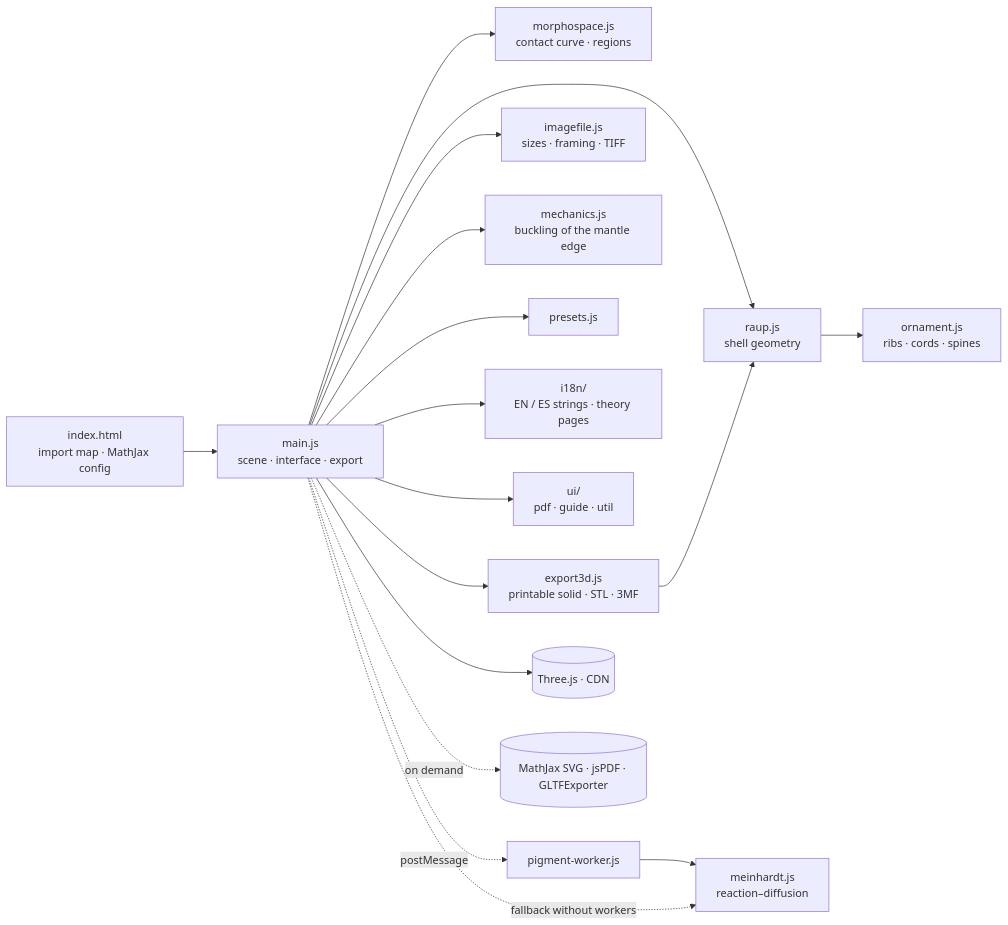
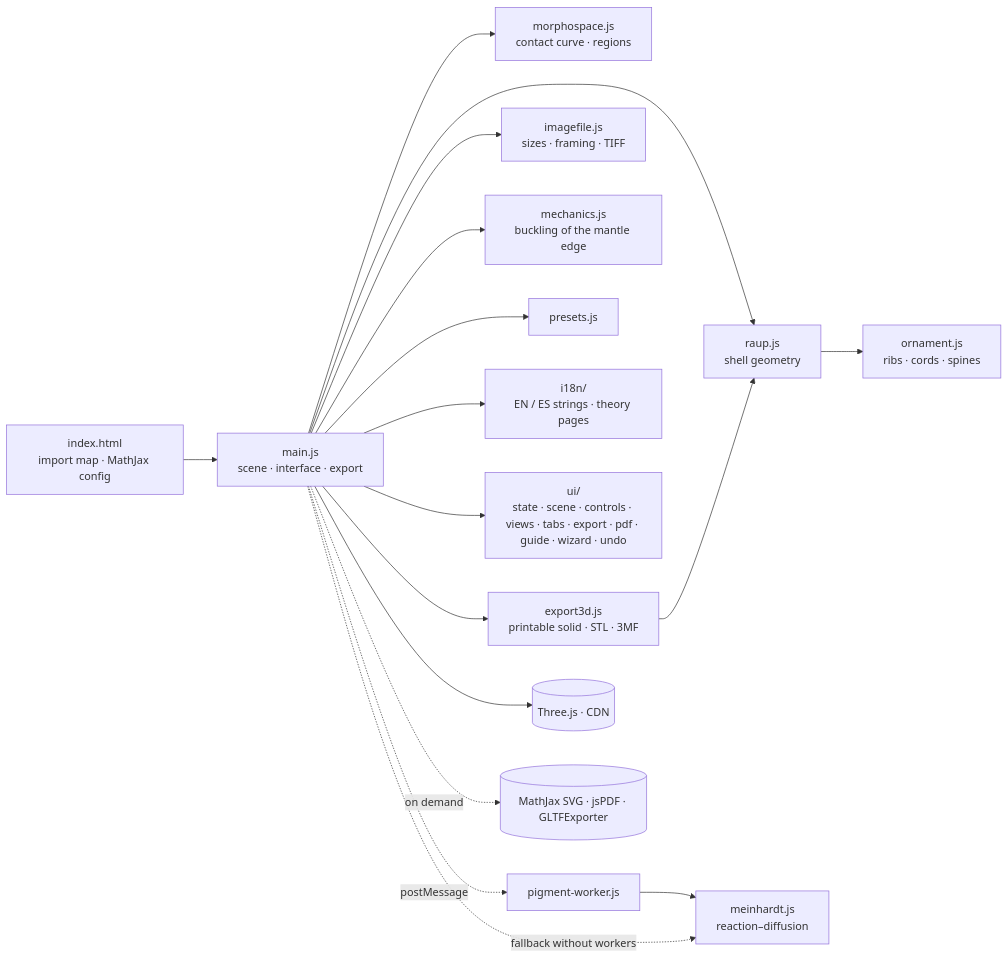
Before and after one commit to AlbertoGonzalezCasarrubios/coiling-shells: the first of 2 diagrams in ARCHITECTURE.md, drawn with Mermaid. The commit also changed other lines of this file and 7 other files, not shown here.

````diff
--- a/ARCHITECTURE.md
+++ b/ARCHITECTURE.md
@@ -58,19 +71,19 @@
 ```mermaid
 flowchart LR
   html["index.html<br/>import map · MathJax config"] --> main["main.js<br/>scene · interface · export"]
   main --> raup["raup.js<br/>shell geometry"]
   main --> morpho["morphospace.js<br/>contact curve · regions"]
   main --> exp["export3d.js<br/>printable solid · STL · 3MF"]
   main --> img["imagefile.js<br/>sizes · framing · TIFF"]
   main --> mech["mechanics.js<br/>buckling of the mantle edge"]
   raup --> orn["ornament.js<br/>ribs · cords · spines"]
   main --> presets["presets.js"]
   main --> i18n["i18n/<br/>EN / ES strings · theory pages"]
-  main --> ui["ui/<br/>pdf · guide · util"]
+  main --> ui["ui/<br/>state · scene · controls · views · tabs · export · pdf · guide · wizard · undo"]
   main -. "postMessage" .-> worker["pigment-worker.js"]
   worker --> mein["meinhardt.js<br/>reaction–diffusion"]
   main -. "fallback without workers" .-> mein
   exp --> raup
   main --> three[("Three.js · CDN")]
   main -. "on demand" .-> cdn[("MathJax SVG · jsPDF · GLTFExporter")]
 ```
````
